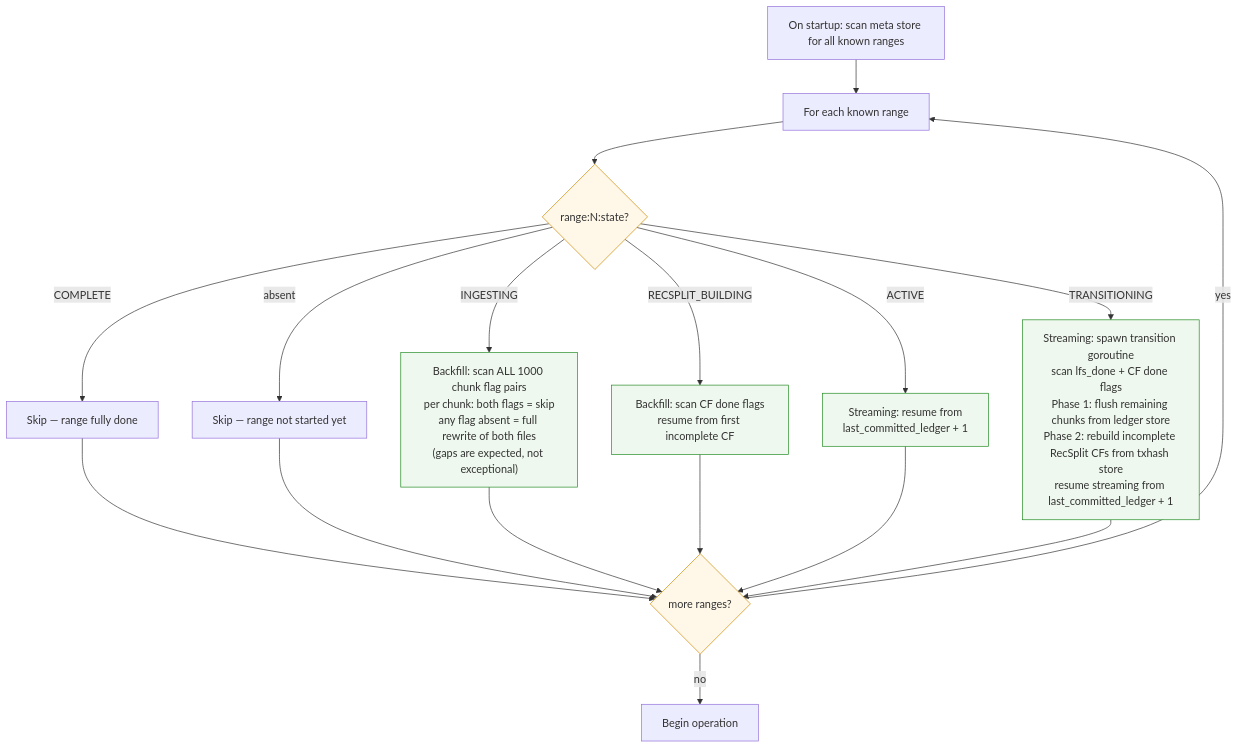
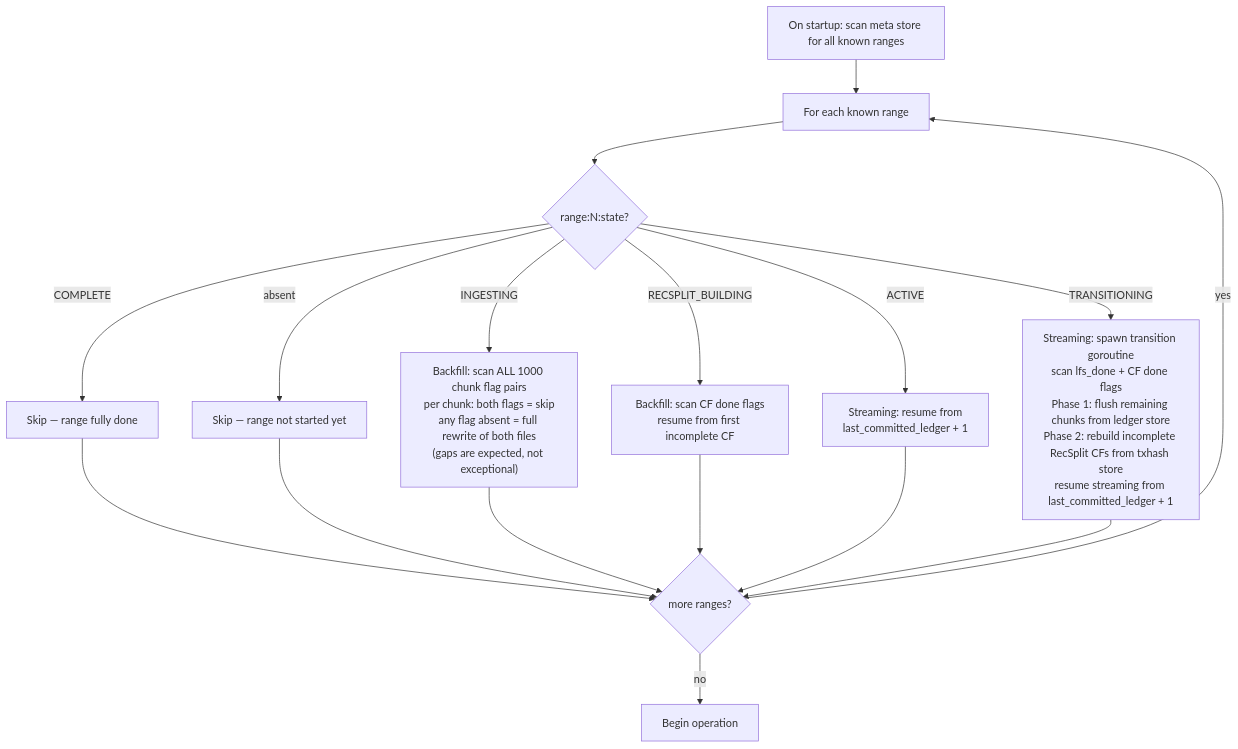
Before and after one commit to karthikiyer56/stellar-full-history-ingestion: the third of 3 diagrams in design-docs-v2/07-crash-recovery.md, drawn with Mermaid. The commit also changed other lines of this file and 17 other files, not shown here.

````diff
--- a/design-docs-v2/07-crash-recovery.md
+++ b/design-docs-v2/07-crash-recovery.md
@@ -1292,22 +1288,19 @@
 ```mermaid
 flowchart TD
-    classDef decision fill:#fff8e8,stroke:#cc8800
-    classDef action fill:#eef8ee,stroke:#228b22
-
     START["On startup: scan meta store for all known ranges"] --> FOREACH["For each known range"]
-    FOREACH --> RS{range:N:state?}:::decision
+    FOREACH --> RS{range:N:state?}
     RS -->|COMPLETE| SKIP["Skip — range fully done"]
     RS -->|absent| SKIP2["Skip — range not started yet"]
-    RS -->|INGESTING| BACKFILL_RESUME["Backfill: scan ALL 1000 chunk flag pairs<br/>per chunk: both flags = skip<br/>any flag absent = full rewrite of both files<br/>(gaps are expected, not exceptional)"]:::action
-    RS -->|RECSPLIT_BUILDING| RECSPLIT_RESUME["Backfill: scan CF done flags<br/>resume from first incomplete CF"]:::action
-    RS -->|ACTIVE| STREAMING_RESUME["Streaming: resume from<br/>last_committed_ledger + 1"]:::action
-    RS -->|TRANSITIONING| TRANS_RESUME["Streaming: spawn transition goroutine<br/>scan lfs_done + CF done flags<br/>Phase 1: flush remaining chunks from ledger store<br/>Phase 2: rebuild incomplete RecSplit CFs from txhash store<br/>resume streaming from last_committed_ledger + 1"]:::action
-    SKIP --> NEXT{more ranges?}:::decision
+    RS -->|INGESTING| BACKFILL_RESUME["Backfill: scan ALL 1000 chunk flag pairs<br/>per chunk: both flags = skip<br/>any flag absent = full rewrite of both files<br/>(gaps are expected, not exceptional)"]
+    RS -->|RECSPLIT_BUILDING| RECSPLIT_RESUME["Backfill: scan CF done flags<br/>resume from first incomplete CF"]
+    RS -->|ACTIVE| STREAMING_RESUME["Streaming: resume from<br/>last_committed_ledger + 1"]
+    RS -->|TRANSITIONING| TRANS_RESUME["Streaming: spawn transition goroutine<br/>scan lfs_done + CF done flags<br/>Phase 1: flush remaining chunks from ledger store<br/>Phase 2: rebuild incomplete RecSplit CFs from txhash store<br/>resume streaming from last_committed_ledger + 1"]
+    SKIP --> NEXT{more ranges?}
     SKIP2 --> NEXT
     BACKFILL_RESUME --> NEXT
     RECSPLIT_RESUME --> NEXT
     STREAMING_RESUME --> NEXT
     TRANS_RESUME --> NEXT
     NEXT -->|yes| FOREACH
     NEXT -->|no| OPERATE["Begin operation"]
 ```
````
